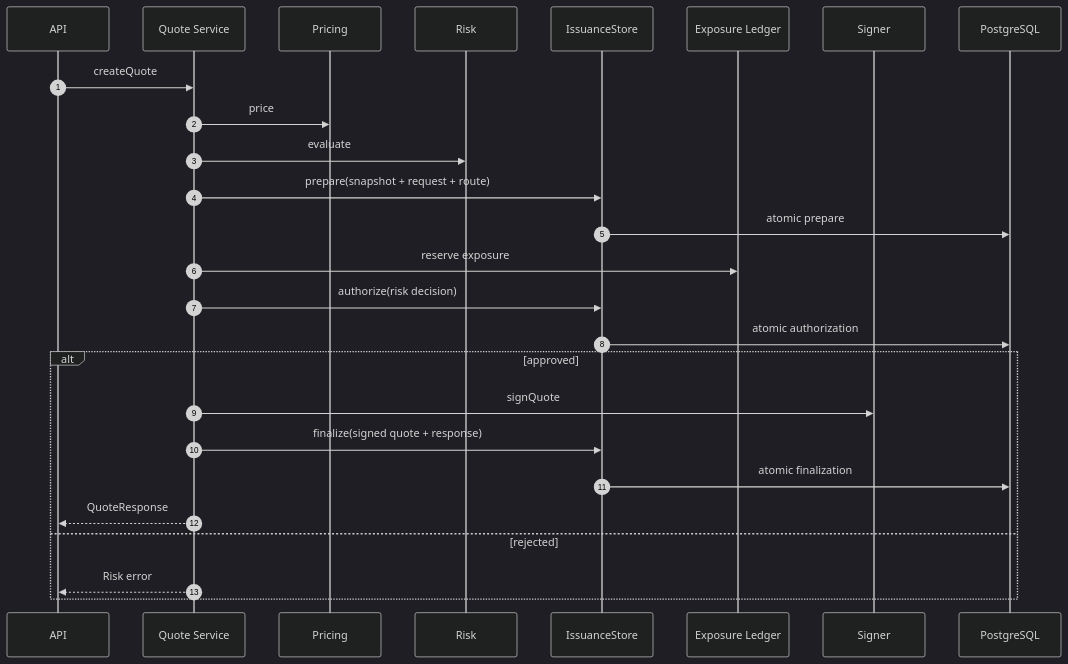
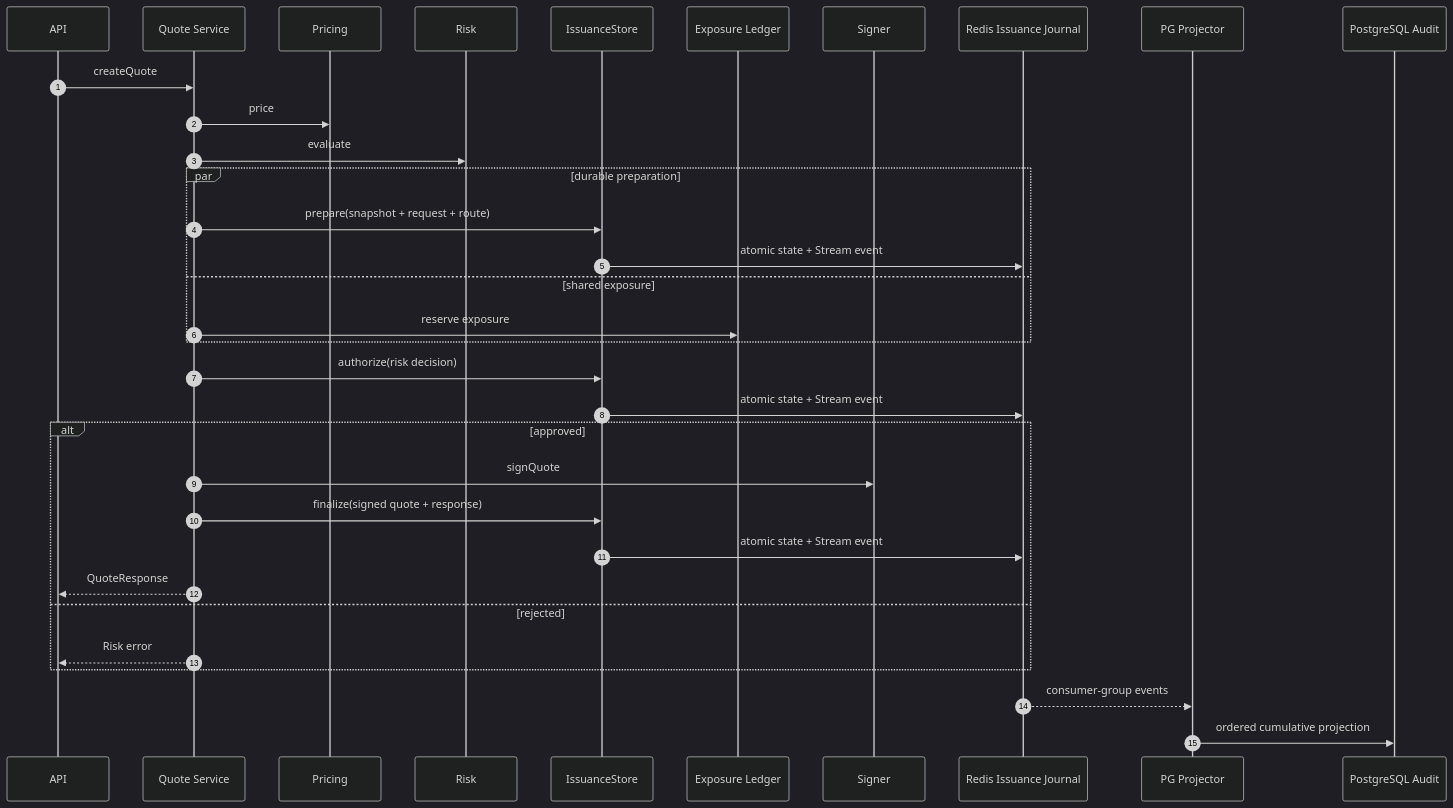
One commit to alvis-ai/production-grade-web3-rfq-market-maker changed the second of 3 diagrams in book/Volume5-BackendEngineering/Chapter02-Quote-Service.md. Above: the diagram before and after it, drawn with Mermaid (dark theme). The commit also changed other lines of this file and 45 other files, not shown here.

Commit message:
perf: move quote issuance to redis journal

````diff
--- a/book/Volume5-BackendEngineering/Chapter02-Quote-Service.md
+++ b/book/Volume5-BackendEngineering/Chapter02-Quote-Service.md
@@ -78,29 +78,36 @@
 ```mermaid
 sequenceDiagram
   autonumber
   participant API
   participant Q as Quote Service
   participant P as Pricing
   participant R as Risk
   participant I as IssuanceStore
   participant E as Exposure Ledger
   participant S as Signer
-  participant DB as PostgreSQL
+  participant J as Redis Issuance Journal
+  participant M as PG Projector
+  participant DB as PostgreSQL Audit
 
   API->>Q: createQuote
   Q->>P: price
   Q->>R: evaluate
-  Q->>I: prepare(snapshot + request + route)
-  I->>DB: atomic prepare
-  Q->>E: reserve exposure
+  par durable preparation
+    Q->>I: prepare(snapshot + request + route)
+    I->>J: atomic state + Stream event
+  and shared exposure
+    Q->>E: reserve exposure
+  end
   Q->>I: authorize(risk decision)
-  I->>DB: atomic authorization
+  I->>J: atomic state + Stream event
   alt approved
     Q->>S: signQuote
     Q->>I: finalize(signed quote + response)
-    I->>DB: atomic finalization
+    I->>J: atomic state + Stream event
     Q-->>API: QuoteResponse
   else rejected
     Q-->>API: Risk error
   end
+  J-->>M: consumer-group events
+  M->>DB: ordered cumulative projection
 ```
````
